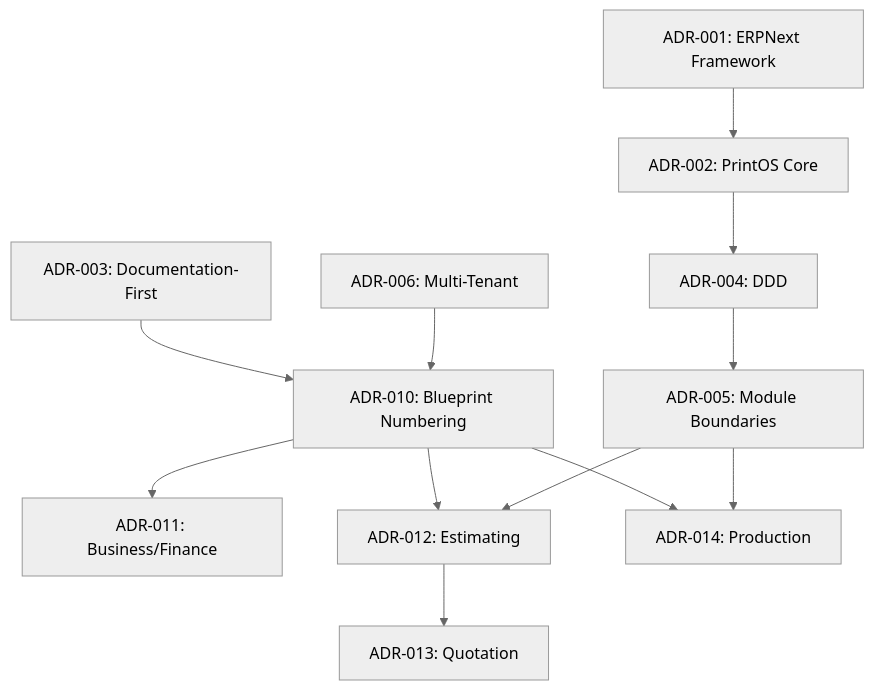
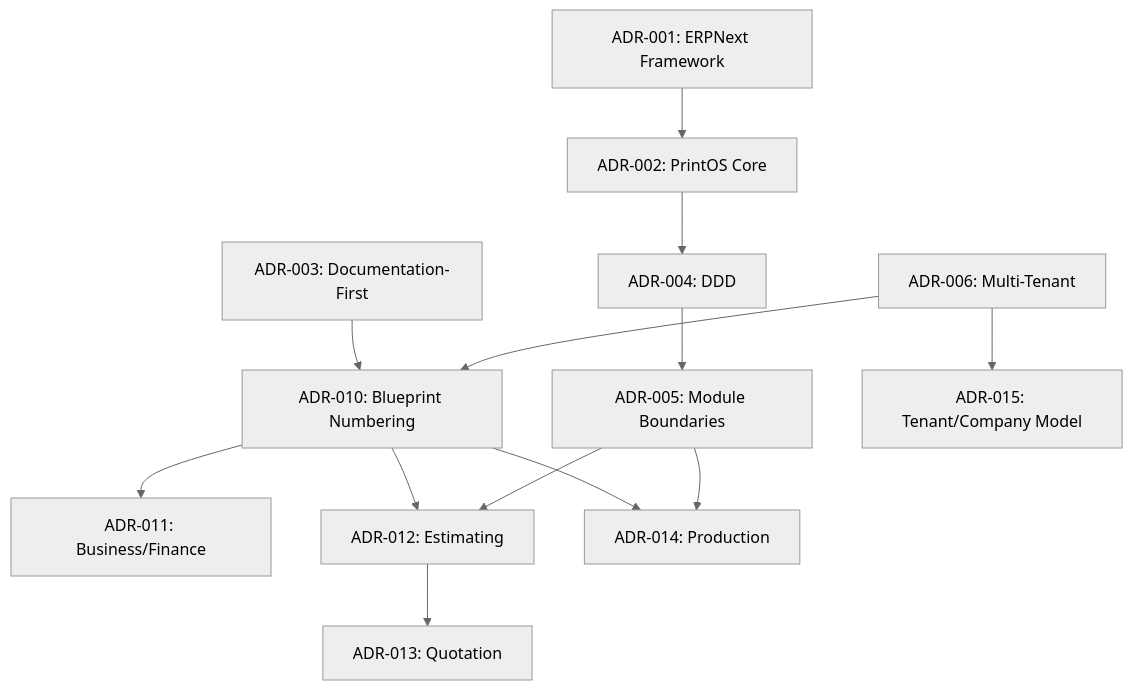
Before and after one commit to ganapathyvijai/printos: the diagram in docs/decisions/00_ADR_Index.md, drawn with Mermaid (neutral theme). The commit also changed other lines of this file and 3 other files, not shown here.

````diff
--- a/docs/decisions/00_ADR_Index.md
+++ b/docs/decisions/00_ADR_Index.md
@@ -52,14 +53,15 @@
 ```mermaid
 flowchart TB
     ADR001["ADR-001: ERPNext Framework"] --> ADR002["ADR-002: PrintOS Core"]
     ADR002 --> ADR004["ADR-004: DDD"]
     ADR004 --> ADR005["ADR-005: Module Boundaries"]
     ADR003["ADR-003: Documentation-First"] --> ADR010["ADR-010: Blueprint Numbering"]
     ADR010 --> ADR011["ADR-011: Business/Finance"]
     ADR010 --> ADR012["ADR-012: Estimating"]
     ADR010 --> ADR014["ADR-014: Production"]
     ADR012 --> ADR013["ADR-013: Quotation"]
     ADR005 --> ADR012
     ADR005 --> ADR014
     ADR006["ADR-006: Multi-Tenant"] --> ADR010
+    ADR006 --> ADR015["ADR-015: Tenant/Company Model"]
 ```
````
